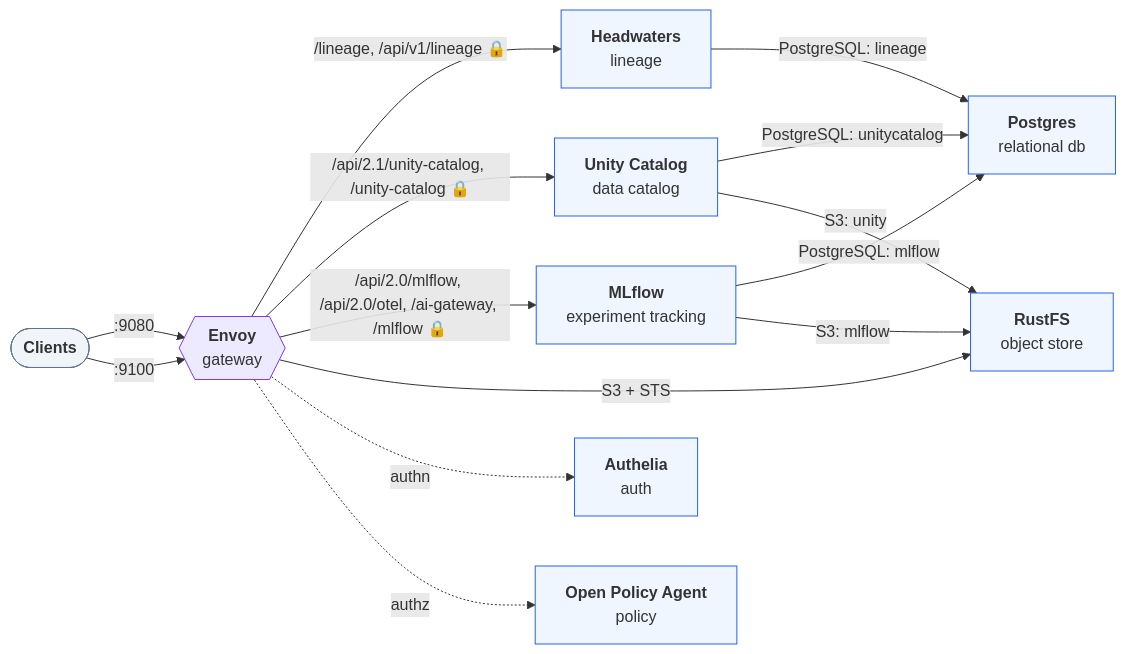
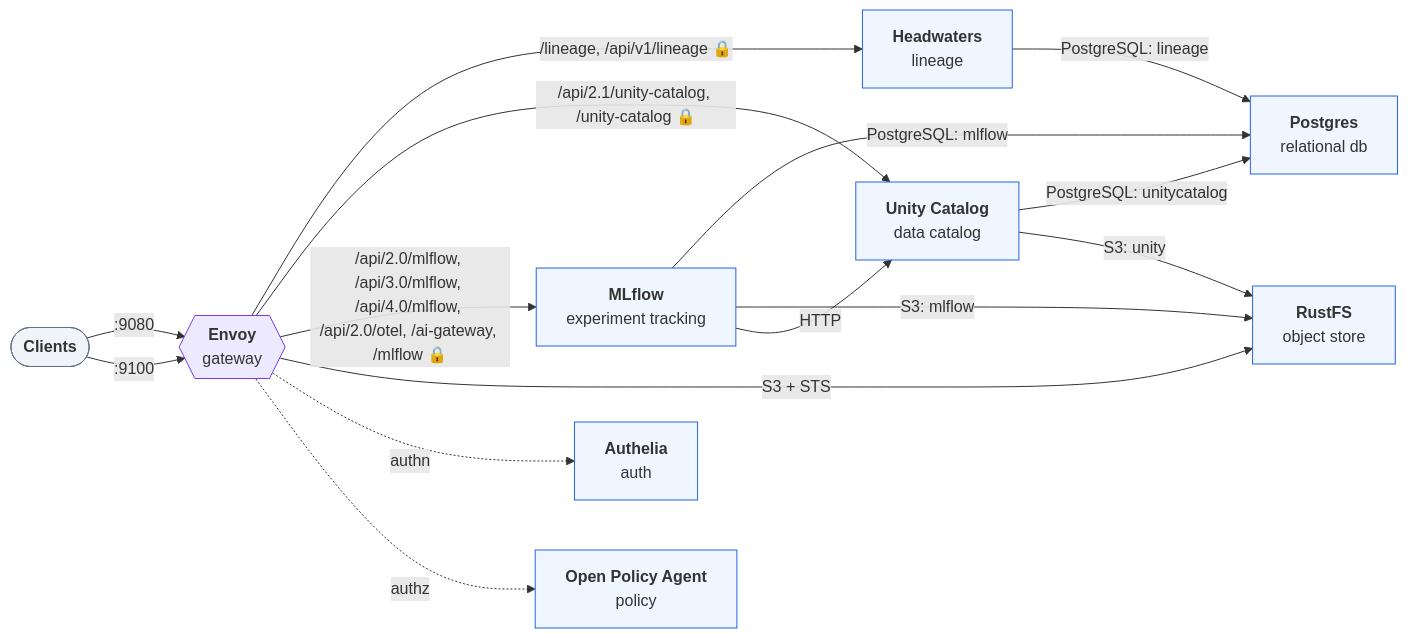
One commit to ion-elgreco/trestle changed the diagram in test/expected/authorized/README.md. Above: the diagram before and after it, drawn with Mermaid. The commit also changed 47 other files, not shown here.

````diff
--- a/test/expected/authorized/README.md
+++ b/test/expected/authorized/README.md
@@ -9,29 +9,30 @@
 ```mermaid
 flowchart LR
     n0(["<b>Clients</b>"]):::clients
     n1["<b>Authelia</b><br/>auth"]:::component
     n2{{"<b>Envoy</b><br/>gateway"}}:::gateway
     n3["<b>Open Policy Agent</b><br/>policy"]:::component
     n4["<b>Postgres</b><br/>relational db"]:::component
     n5["<b>Headwaters</b><br/>lineage"]:::component
     n6["<b>RustFS</b><br/>object store"]:::component
     n7["<b>Unity Catalog</b><br/>data catalog"]:::component
     n8["<b>MLflow</b><br/>experiment tracking"]:::component
     n0 -->|":9080"| n2
     n0 -->|":9100"| n2
     n2 -->|"/lineage, /api/v1/lineage 🔒"| n5
     n2 -->|"/api/2.1/unity-catalog, /unity-catalog 🔒"| n7
-    n2 -->|"/api/2.0/mlflow, /api/2.0/otel, /ai-gateway, /mlflow 🔒"| n8
+    n2 -->|"/api/2.0/mlflow, /api/3.0/mlflow, /api/4.0/mlflow, /api/2.0/otel, /ai-gateway, /mlflow 🔒"| n8
     n2 -->|"S3 + STS"| n6
     n2 -.->|"authn"| n1
     n2 -.->|"authz"| n3
     n5 -->|"PostgreSQL: lineage"| n4
     n7 -->|"PostgreSQL: unitycatalog"| n4
     n7 -->|"S3: unity"| n6
     n8 -->|"PostgreSQL: mlflow"| n4
     n8 -->|"S3: mlflow"| n6
+    n8 -->|"HTTP"| n7
     classDef clients fill:#f1f5f9,stroke:#64748b
     classDef gateway fill:#ede9fe,stroke:#7c3aed
     classDef component fill:#eff6ff,stroke:#2563eb
     classDef external fill:#fafafa,stroke:#737373,stroke-dasharray: 4 3
 ```
````
